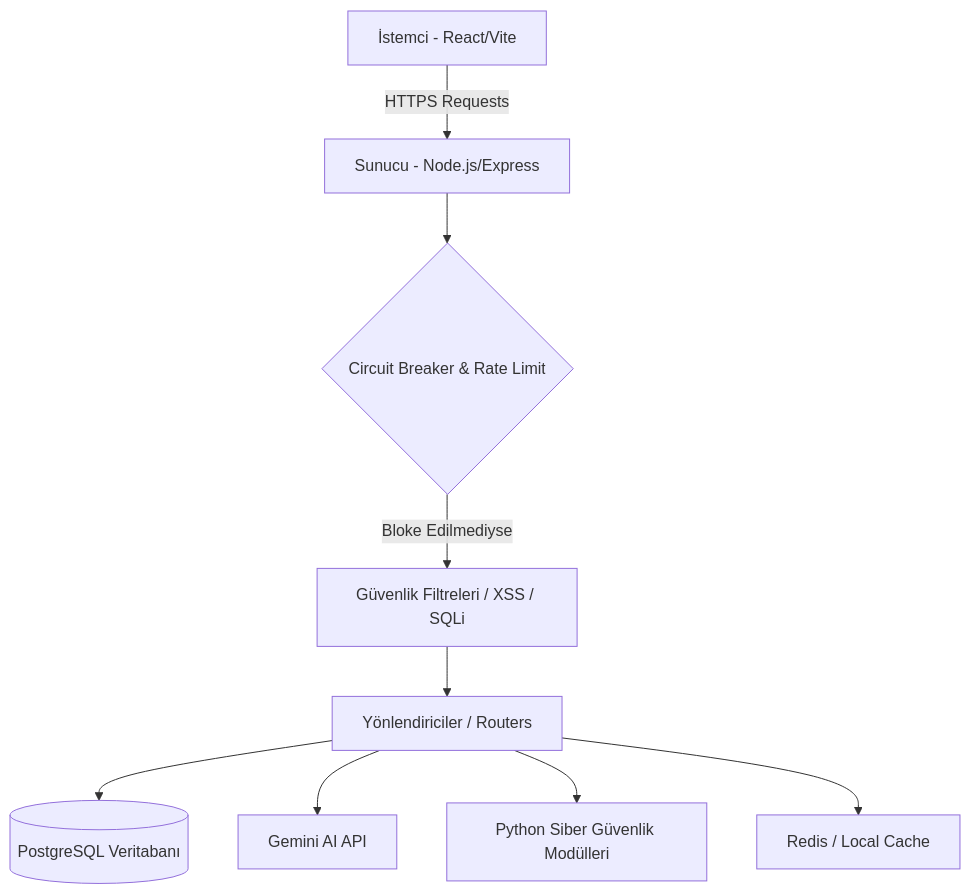
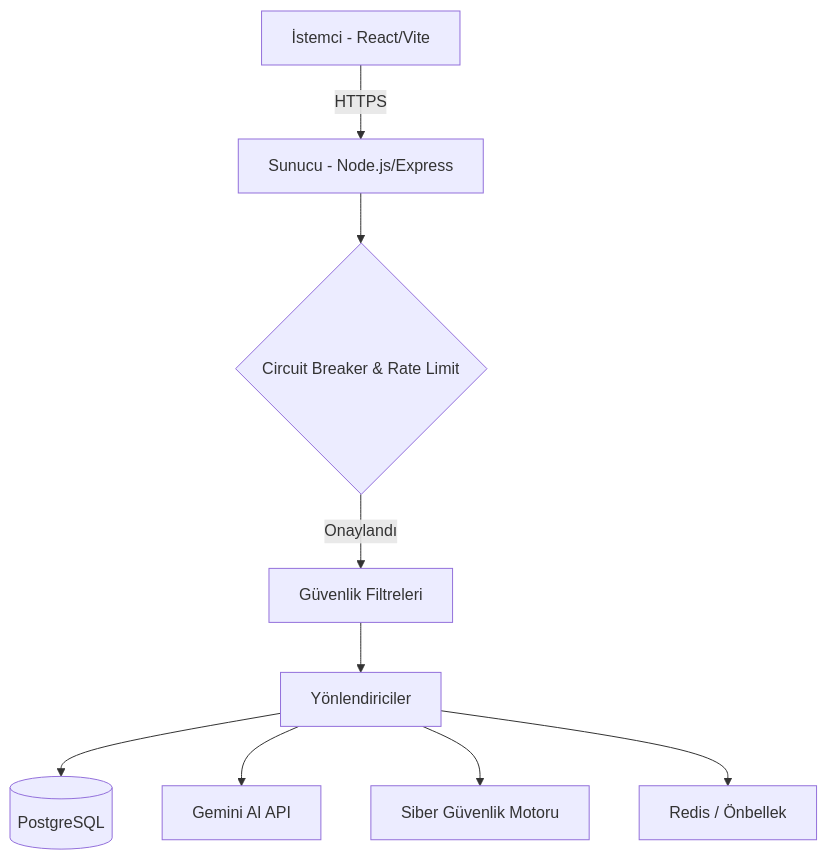
Before and after one commit to erensogutlu/Salus-AI: the first of 2 diagrams in README.md, drawn with Mermaid. The commit also changed other lines of this file, not shown here.

````diff
--- a/README.md
+++ b/README.md
@@ -48,11 +40,11 @@
 ```mermaid
 graph TD
-    A[İstemci - React/Vite] -- HTTPS Requests --> B[Sunucu - Node.js/Express]
+    A[İstemci - React/Vite] -->|HTTPS| B[Sunucu - Node.js/Express]
     B --> C{Circuit Breaker & Rate Limit}
-    C -- Bloke Edilmediyse --> D[Güvenlik Filtreleri / XSS / SQLi]
-    D --> E[Yönlendiriciler / Routers]
-    E --> F[(PostgreSQL Veritabanı)]
+    C -->|Onaylandı| D[Güvenlik Filtreleri]
+    D --> E[Yönlendiriciler]
+    E --> F[(PostgreSQL)]
     E --> G[Gemini AI API]
-    E --> H[Python Siber Güvenlik Modülleri]
-    E --> I[Redis / Local Cache]
+    E --> H[Siber Güvenlik Motoru]
+    E --> I[Redis / Önbellek]
 ```
````
